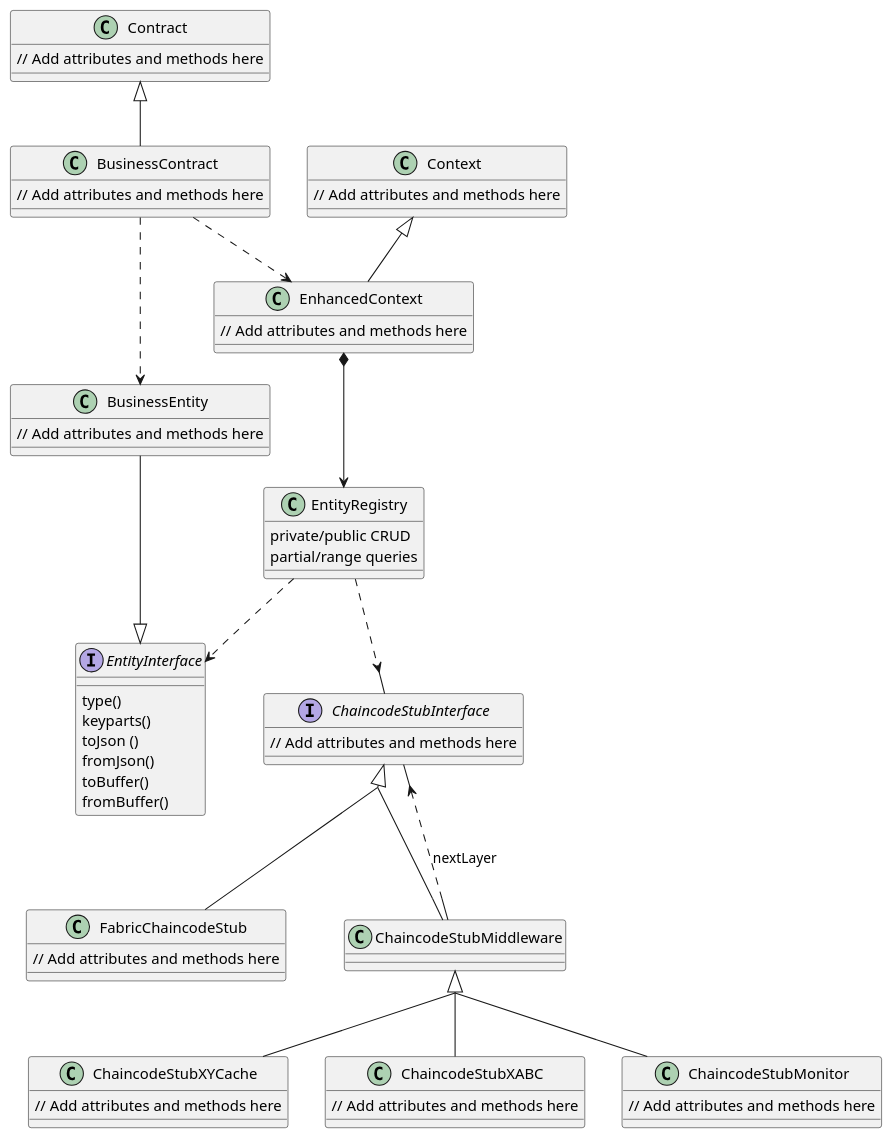
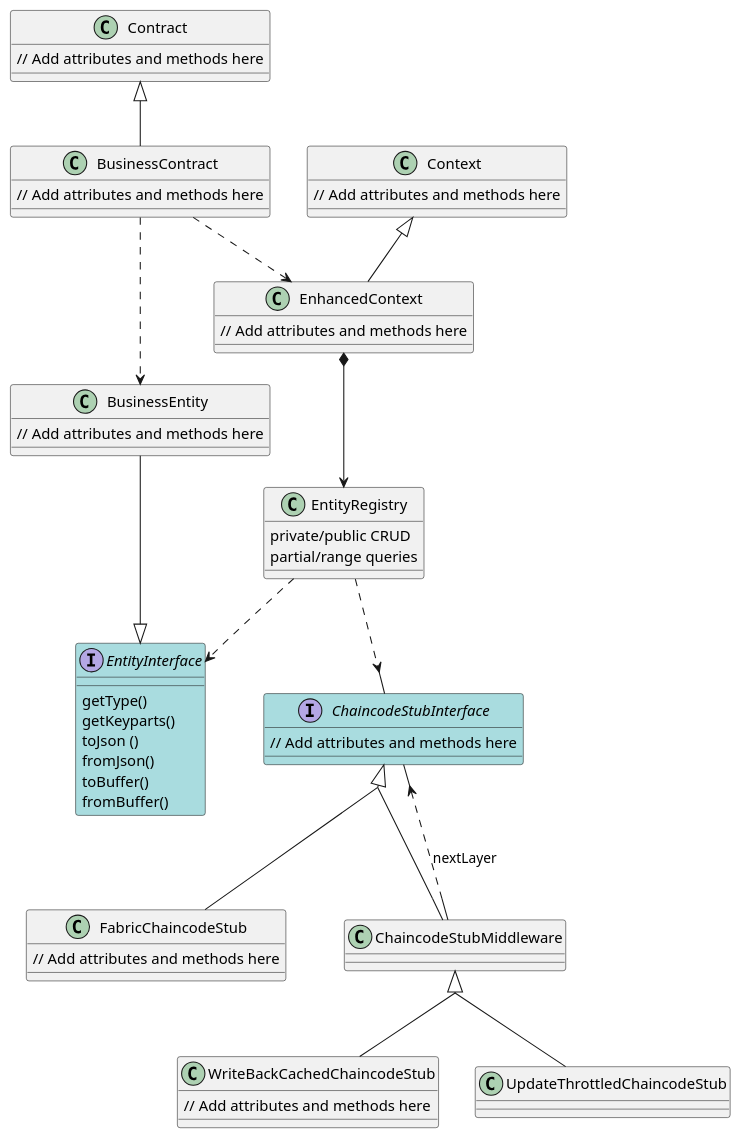
Before and after one commit to ftsrg/blockchain-benchmarks-tpcc: the diagram in smart-contract/hyperledger-fabric/v2/java/figures/class/class.puml, drawn with PlantUML. The commit also changed 1 other file, not shown here.

Commit message:
Modified figure

```diff
--- a/smart-contract/hyperledger-fabric/v2/java/figures/class/class.puml
+++ b/smart-contract/hyperledger-fabric/v2/java/figures/class/class.puml
@@ -1,76 +1,68 @@
 @startuml "Specificaton"
 skinparam groupInheritance 2
 Contract <|-- BusinessContract
 BusinessContract ..> EnhancedContext
 BusinessContract ..> BusinessEntity
 EnhancedContext *--> EntityRegistry
 BusinessEntity --|> EntityInterface
 EntityRegistry ..> EntityInterface
 Context <|-- EnhancedContext
 EntityRegistry ..> ChaincodeStubInterface
 
 ChaincodeStubInterface <|-- FabricChaincodeStub
 ChaincodeStubInterface <|-- ChaincodeStubMiddleware
 
 ChaincodeStubMiddleware ..> ChaincodeStubInterface:  nextLayer
 
-ChaincodeStubMiddleware <|-- ChaincodeStubXYCache
-ChaincodeStubMiddleware <|-- ChaincodeStubXABC
-ChaincodeStubMiddleware <|-- ChaincodeStubMonitor
+ChaincodeStubMiddleware <|-- WriteBackCachedChaincodeStub
+ChaincodeStubMiddleware <|-- UpdateThrottledChaincodeStub
+
 
 class BusinessContract {
   // Add attributes and methods here
 }
 
 class EnhancedContext {
   // Add attributes and methods here
 }
 
 class EntityRegistry {
   private/public CRUD
   partial/range queries
 }
 
-class ChaincodeStubMonitor {
-  // Add attributes and methods here
-}
-
-class ChaincodeStubXABC {
-  // Add attributes and methods here
-}
-
-class ChaincodeStubXYCache {
+class WriteBackCachedChaincodeStub {
   // Add attributes and methods here
 }
 
 class FabricChaincodeStub {
   // Add attributes and methods here
 }
 
 class BusinessEntity {
   // Add attributes and methods here
 }
 
 class Contract {
   // Add attributes and methods here
 }
 
 class Context {
   // Add attributes and methods here
 }
 
-interface EntityInterface {
-  type()
-  keyparts()
+interface EntityInterface #A9DCDF {
+  getType()
+  getKeyparts()
   toJson ()
   fromJson()
   toBuffer()
   fromBuffer()
 
 }
 
-interface ChaincodeStubInterface {
+interface ChaincodeStubInterface #A9DCDF{
   // Add attributes and methods here
 }
 
 @enduml
```
